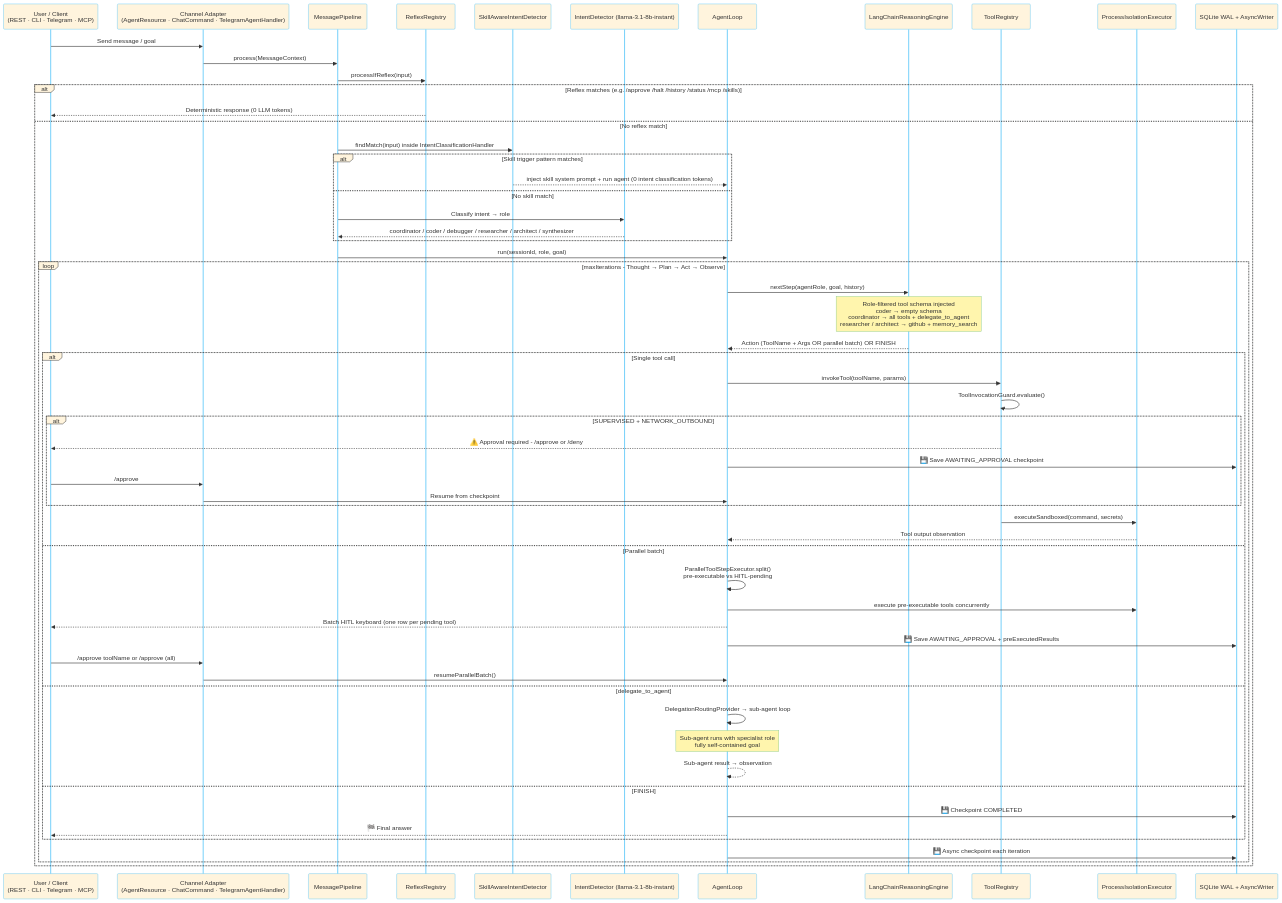
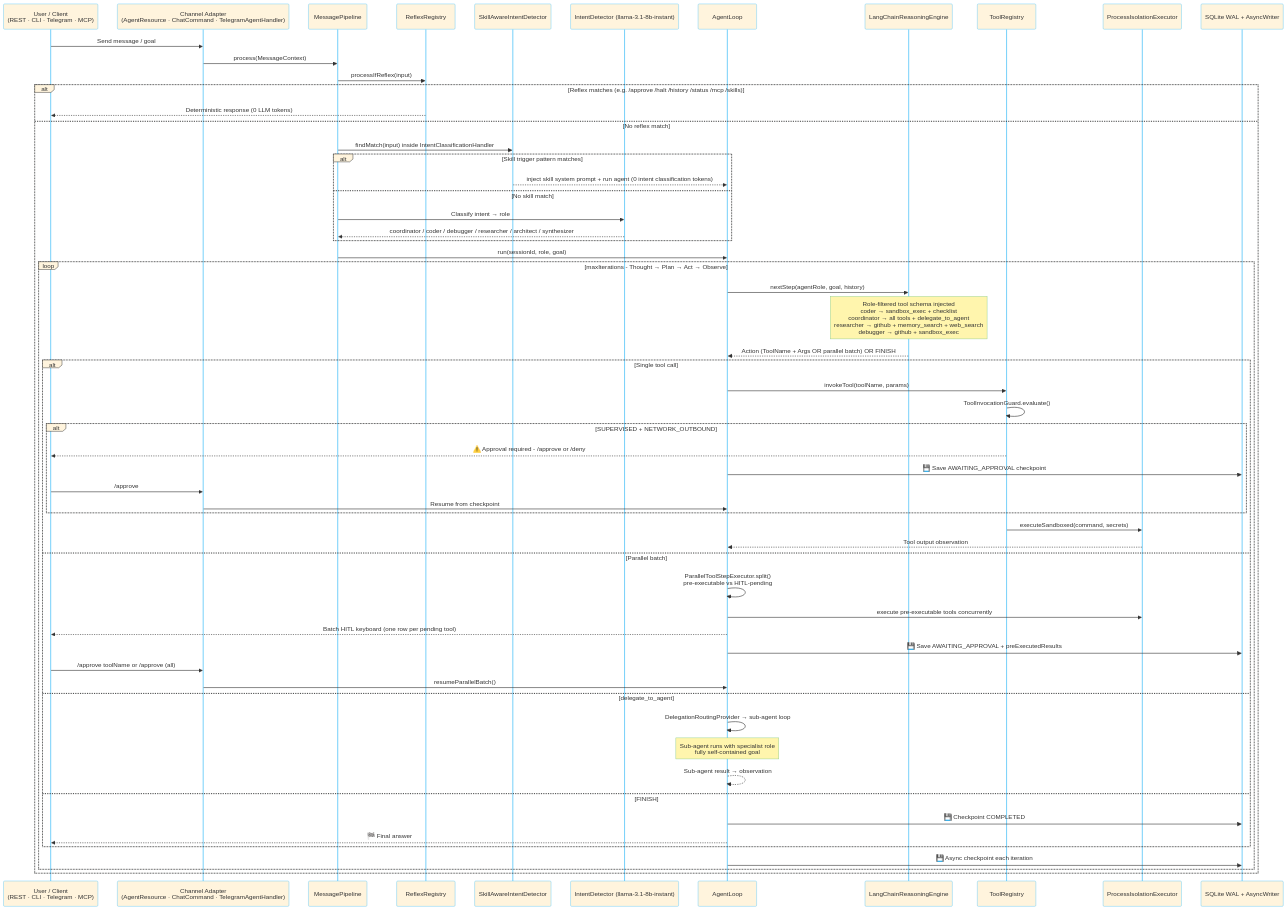
One commit to rsrini7/AmshaAgent changed the third of 8 diagrams in README.md. Above: the diagram before and after it, drawn with Mermaid. The commit also changed other lines of this file, not shown here.

````diff
--- a/README.md
+++ b/README.md
@@ -283,69 +288,69 @@
 ```mermaid
 %%{init: {'theme': 'base', 'themeVariables': {'primaryBorderColor': '#4fc3f7', 'lineColor': '#4fc3f7', 'activationBorderColor': '#4fc3f7', 'actorBorder': '#4fc3f7', 'actorLineColor': '#4fc3f7','labelBoxBorderColor': '#0b0c0cff', 'noteBorderColor': '#81c784', 'fontSize': '13px'}}}%%
 sequenceDiagram
     participant U as User / Client<br/>(REST · CLI · Telegram · MCP)
     participant CH as Channel Adapter<br/>(AgentResource · ChatCommand · TelegramAgentHandler)
     participant PP as MessagePipeline
     participant RR as ReflexRegistry
     participant SK as SkillAwareIntentDetector
     participant IC as IntentDetector (llama-3.1-8b-instant)
     participant AL as AgentLoop
     participant LLM as LangChainReasoningEngine
     participant TR as ToolRegistry
     participant PIE as ProcessIsolationExecutor
     participant DB as SQLite WAL + AsyncWriter
 
     U->>CH: Send message / goal
     CH->>PP: process(MessageContext)
 
     PP->>RR: processIfReflex(input)
     alt Reflex matches (e.g. /approve /halt /history /status /mcp /skills)
         RR-->>U: Deterministic response (0 LLM tokens)
     else No reflex match
         PP->>SK: findMatch(input) inside IntentClassificationHandler
         alt Skill trigger pattern matches
             SK-->>AL: inject skill system prompt + run agent (0 intent classification tokens)
         else No skill match
             PP->>IC: Classify intent → role
             IC-->>PP: coordinator / coder / debugger / researcher / architect / synthesizer
         end
         PP->>AL: run(sessionId, role, goal)
 
         loop maxIterations - Thought → Plan → Act → Observe
             AL->>LLM: nextStep(agentRole, goal, history)
-            Note over LLM: Role-filtered tool schema injected<br/>coder → empty schema<br/>coordinator → all tools + delegate_to_agent<br/>researcher / architect → github + memory_search
+            Note over LLM: Role-filtered tool schema injected<br/>coder → sandbox_exec + checklist<br/>coordinator → all tools + delegate_to_agent<br/>researcher → github + memory_search + web_search<br/>debugger → github + sandbox_exec
             LLM-->>AL: Action (ToolName + Args OR parallel batch) OR FINISH
 
             alt Single tool call
                 AL->>TR: invokeTool(toolName, params)
                 TR->>TR: ToolInvocationGuard.evaluate()
 
                 alt SUPERVISED + NETWORK_OUTBOUND
                     TR-->>U: ⚠️ Approval required - /approve or /deny
                     AL->>DB: 💾 Save AWAITING_APPROVAL checkpoint
                     U->>CH: /approve
                     CH->>AL: Resume from checkpoint
                 end
 
                 TR->>PIE: executeSandboxed(command, secrets)
                 PIE-->>AL: Tool output observation
             else Parallel batch
                 AL->>AL: ParallelToolStepExecutor.split()<br/>pre-executable vs HITL-pending
                 AL->>PIE: execute pre-executable tools concurrently
                 AL-->>U: Batch HITL keyboard (one row per pending tool)
                 AL->>DB: 💾 Save AWAITING_APPROVAL + preExecutedResults
                 U->>CH: /approve toolName or /approve (all)
                 CH->>AL: resumeParallelBatch()
             else delegate_to_agent
                 AL->>AL: DelegationRoutingProvider → sub-agent loop
                 Note over AL: Sub-agent runs with specialist role<br/>fully self-contained goal
                 AL-->>AL: Sub-agent result → observation
             else FINISH
                 AL->>DB: 💾 Checkpoint COMPLETED
                 AL-->>U: 🏁 Final answer
             end
 
             AL->>DB: 💾 Async checkpoint each iteration
         end
     end
 ```
````
